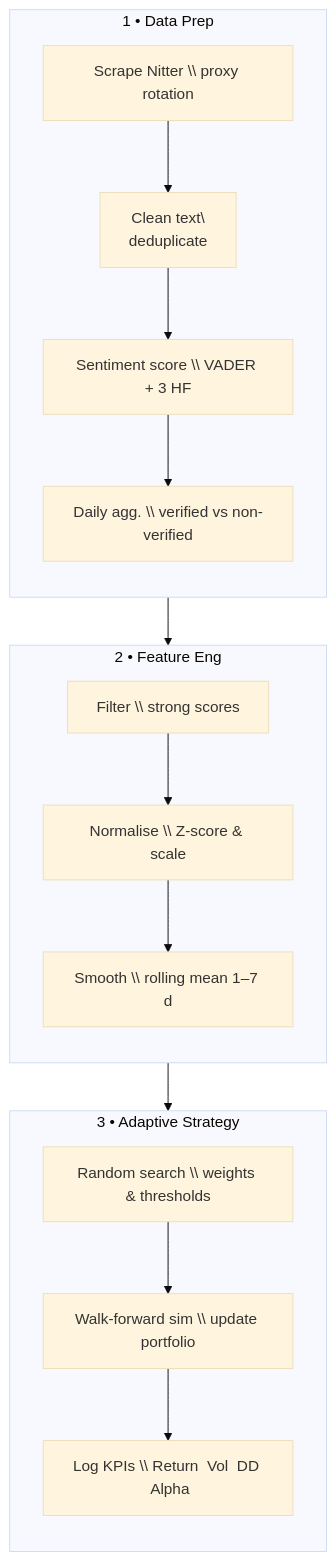
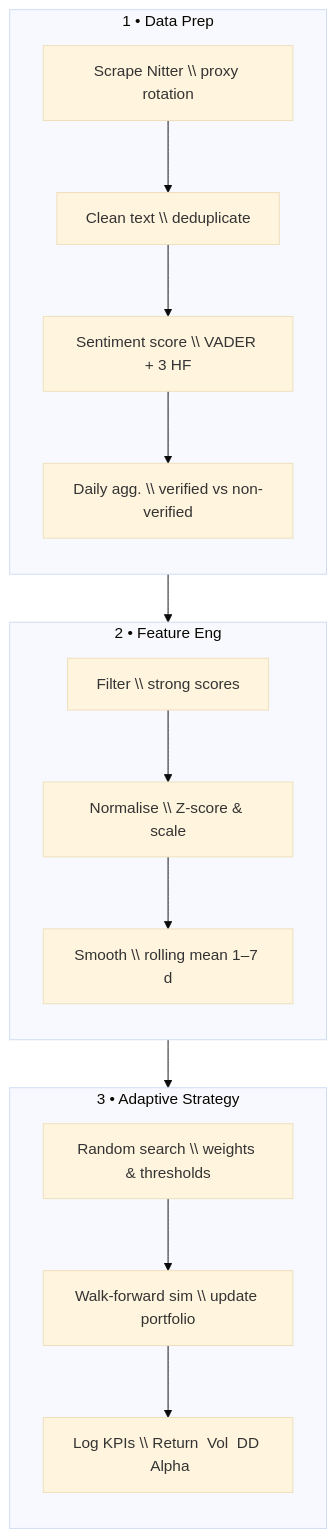
Before and after one commit to LimamS-GitHub/Market_sentiment_analysis: the diagram in README.md, drawn with Mermaid (base theme).

````diff
--- a/README.md
+++ b/README.md
@@ -25,26 +25,26 @@
 ```mermaid
 flowchart TD
   %% 1 · DATA PREP
   subgraph STEP1["1 • Data Prep"]
     direction TB
-    A1["Scrape Nitter \\ proxy rotation"] --> A2["Clean text\\ndeduplicate"]
+    A1["Scrape Nitter \\ proxy rotation"] --> A2["Clean text \\ deduplicate"]
     A2 --> A3["Sentiment score \\ VADER + 3 HF"]
     A3 --> A4["Daily agg. \\ verified vs non-verified"]
   end
 
   %% 2 · FEATURE ENG
   subgraph STEP2["2 • Feature Eng"]
     direction TB
     A4 --> B1["Filter \\ strong scores"]
     B1 --> B2["Normalise \\ Z-score & scale"]
     B2 --> B3["Smooth \\ rolling mean 1–7 d"]
   end
 
   %% 3 · ADAPTIVE STRATEGY
   subgraph STEP3["3 • Adaptive Strategy"]
     direction TB
     B3 --> C1["Random search \\ weights & thresholds"]
     C1 --> C2["Walk-forward sim \\ update portfolio"]
     C2 --> C3["Log KPIs \\ Return  Vol  DD  Alpha"]
   end
 ```
````
